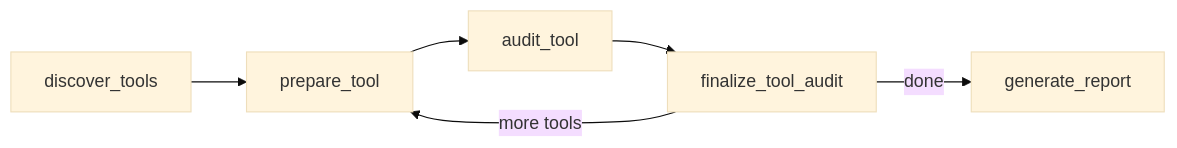
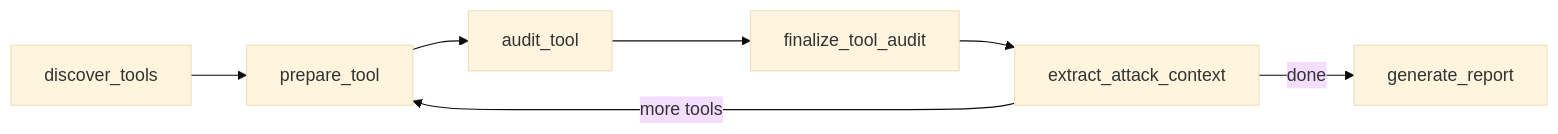
The first of 2 diagrams in README.md (mkrtchian/mcp-auditor), drawn with Mermaid (base theme) before and after one commit. The commit also changed other lines of this file, not shown here.

Commit message:
docs(readme): update architecture diagram and add cross-tool learning

````diff
--- a/README.md
+++ b/README.md
@@ -50,8 +50,9 @@
 ```mermaid
 graph LR
     A[discover_tools] --> B[prepare_tool]
     B --> C[audit_tool]
     C --> D[finalize_tool_audit]
-    D -->|more tools| B
-    D -->|done| E[generate_report]
+    D --> E[extract_attack_context]
+    E -->|more tools| B
+    E -->|done| F[generate_report]
 ```
````
